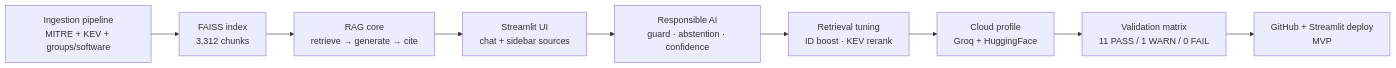
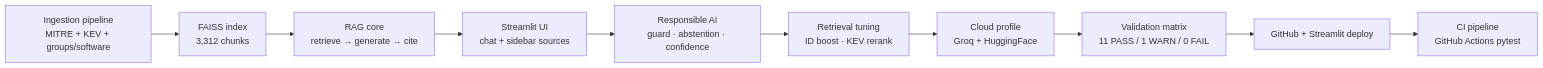
One commit to rvong65/threat-intelligence-assistant changed the second of 2 diagrams in README.md. Above: the diagram before and after it, drawn with Mermaid. The commit also changed other lines of this file and 6 other files, not shown here.

````diff
--- a/README.md
+++ b/README.md
@@ -153,11 +301,12 @@
 ```mermaid
 flowchart LR
     A[Ingestion pipeline<br/>MITRE + KEV + groups/software] --> B[FAISS index<br/>3,312 chunks]
     B --> C[RAG core<br/>retrieve → generate → cite]
     C --> D[Streamlit UI<br/>chat + sidebar sources]
     D --> E[Responsible AI<br/>guard · abstention · confidence]
     E --> F[Retrieval tuning<br/>ID boost · KEV rerank]
     F --> G[Cloud profile<br/>Groq + HuggingFace]
     G --> H[Validation matrix<br/>11 PASS / 1 WARN / 0 FAIL]
-    H --> I[GitHub + Streamlit deploy<br/>MVP]
+    H --> I[GitHub + Streamlit deploy]
+    I --> J[CI pipeline<br/>GitHub Actions pytest]
 ```
````
